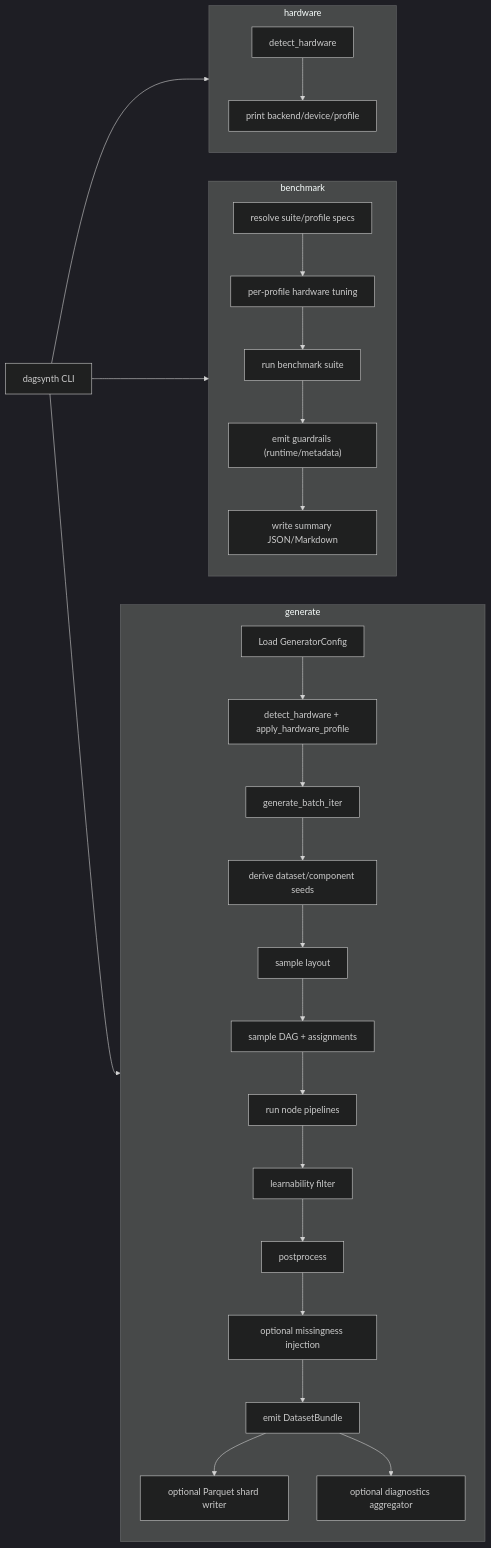
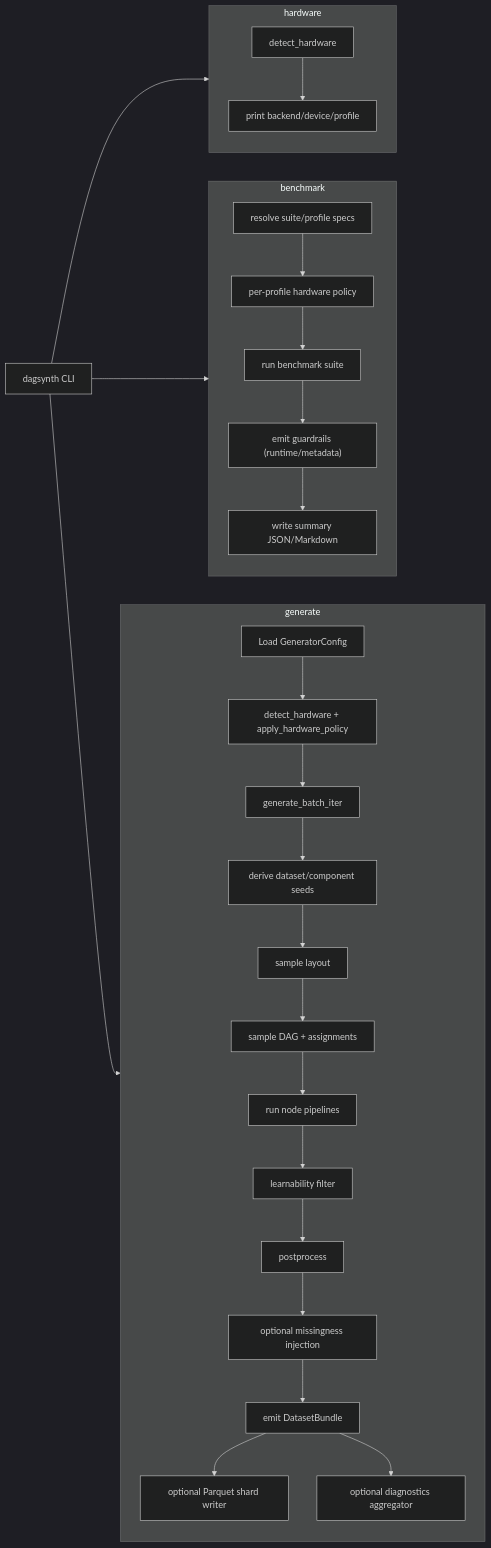
The first of 2 diagrams in docs/how-it-works.md (bensonlee5/dagsynth), drawn with Mermaid (dark theme) before and after one commit. The commit also changed other lines of this file and 40 other files, not shown here.

````diff
--- a/docs/how-it-works.md
+++ b/docs/how-it-works.md
@@ -38,37 +37,37 @@
 ```mermaid
 flowchart LR
     CLI["dagsynth CLI"]
 
     CLI --> Cfg
     CLI --> BCfg
     CLI --> Detect
 
     subgraph GeneratePath["generate"]
         direction TB
-        Cfg["Load GeneratorConfig"] --> Tune["detect_hardware + apply_hardware_profile"]
+        Cfg["Load GeneratorConfig"] --> Tune["detect_hardware + apply_hardware_policy"]
         Tune --> Loop["generate_batch_iter"]
         Loop --> Seed["derive dataset/component seeds"]
         Seed --> Layout["sample layout"]
         Layout --> DAG["sample DAG + assignments"]
         DAG --> Exec["run node pipelines"]
         Exec --> Filter["learnability filter"]
         Filter --> Post["postprocess"]
         Post --> Missing["optional missingness injection"]
         Missing --> Bundle["emit DatasetBundle"]
         Bundle --> Write["optional Parquet shard writer"]
         Bundle --> Diag["optional diagnostics aggregator"]
     end
 
     subgraph BenchPath["benchmark"]
         direction TB
-        BCfg["resolve suite/profile specs"] --> BTune["per-profile hardware tuning"]
+        BCfg["resolve suite/profile specs"] --> BTune["per-profile hardware policy"]
         BTune --> Runs["run benchmark suite"]
         Runs --> Guards["emit guardrails (runtime/metadata)"]
         Guards --> Reports["write summary JSON/Markdown"]
     end
 
     subgraph HardwarePath["hardware"]
         direction TB
         Detect["detect_hardware"] --> Print["print backend/device/profile"]
     end
 ```
````
